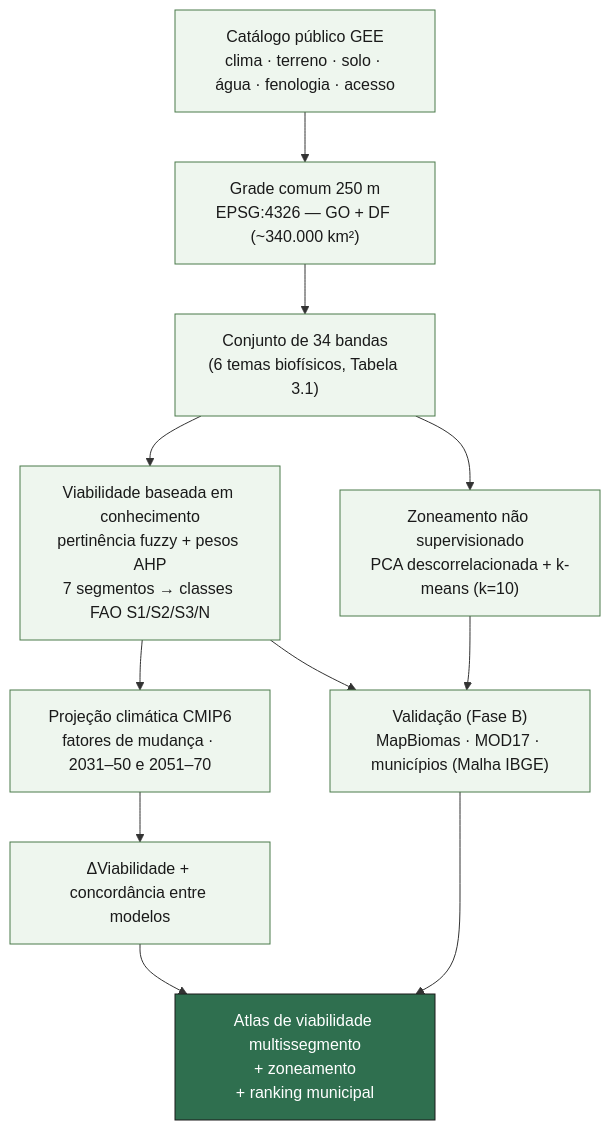
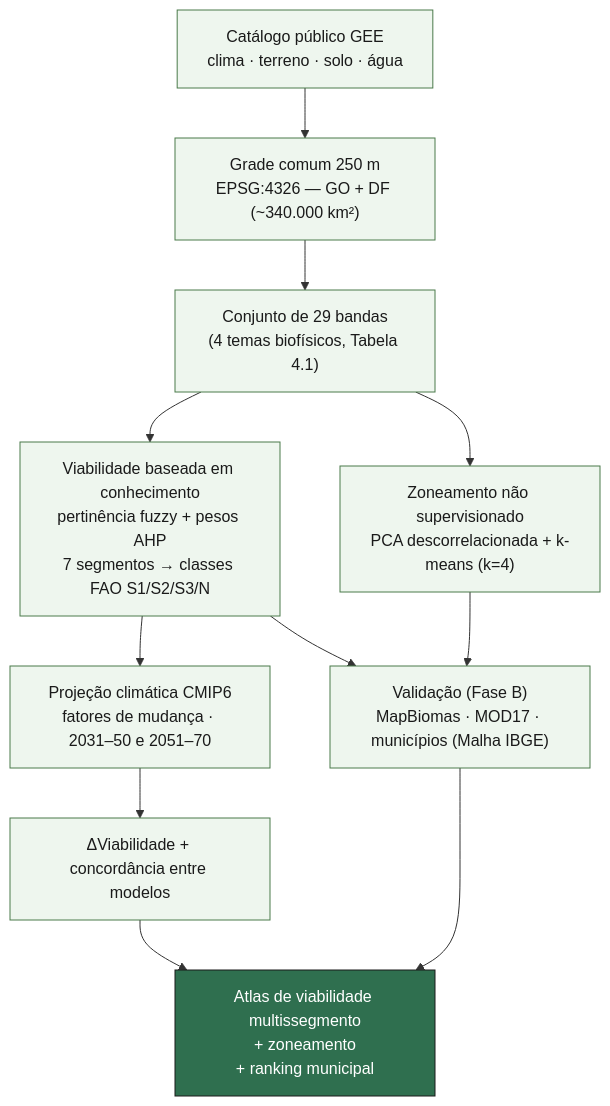
The first of 3 diagrams in docs/metodologia_diagrama.md (ahxsahxs/goias_suitability), drawn with Mermaid before and after one commit. The commit also changed other lines of this file and 64 other files, not shown here.

````diff
--- a/docs/metodologia_diagrama.md
+++ b/docs/metodologia_diagrama.md
@@ -16,22 +16,22 @@
 ```mermaid
 flowchart TD
-    A["Catálogo público GEE<br/>clima · terreno · solo · água · fenologia · acesso"] --> B["Grade comum 250 m<br/>EPSG:4326 — GO + DF (~340.000 km²)"]
-    B --> C["Conjunto de 34 bandas<br/>(6 temas biofísicos, Tabela 3.1)"]
+    A["Catálogo público GEE<br/>clima · terreno · solo · água"] --> B["Grade comum 250 m<br/>EPSG:4326 — GO + DF (~340.000 km²)"]
+    B --> C["Conjunto de 29 bandas<br/>(4 temas biofísicos, Tabela 4.1)"]
 
     C --> D["Viabilidade baseada em conhecimento<br/>pertinência fuzzy + pesos AHP<br/>7 segmentos → classes FAO S1/S2/S3/N"]
-    C --> E["Zoneamento não supervisionado<br/>PCA descorrelacionada + k-means (k=10)"]
+    C --> E["Zoneamento não supervisionado<br/>PCA descorrelacionada + k-means (k=4)"]
 
     D --> F["Projeção climática CMIP6<br/>fatores de mudança · 2031–50 e 2051–70"]
     F --> G["ΔViabilidade + concordância entre modelos"]
 
     D --> H["Validação (Fase B)<br/>MapBiomas · MOD17 · municípios (Malha IBGE)"]
     E --> H
 
     G --> I["Atlas de viabilidade multissegmento<br/>+ zoneamento<br/>+ ranking municipal"]
     H --> I
 
     classDef stage fill:#eef6ee,stroke:#4a7a4a,color:#1a1a1a;
     classDef output fill:#2f6f4f,stroke:#1a1a1a,color:#ffffff;
     class A,B,C,D,E,F,G,H stage;
     class I output;
 ```
````
